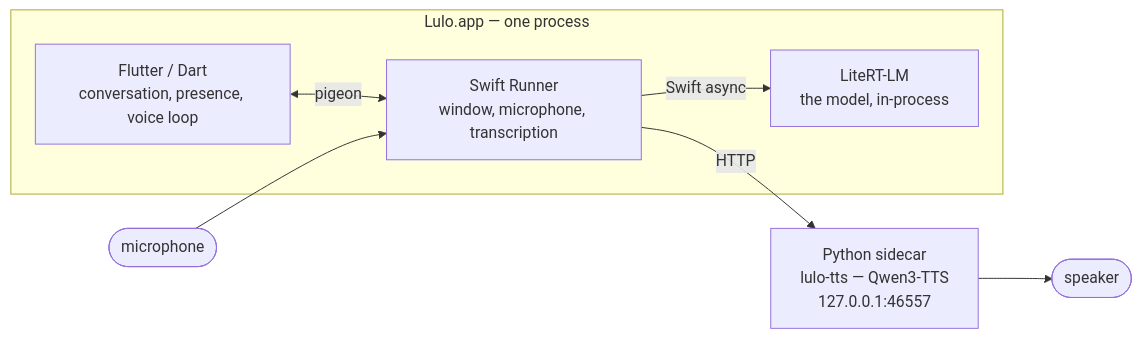
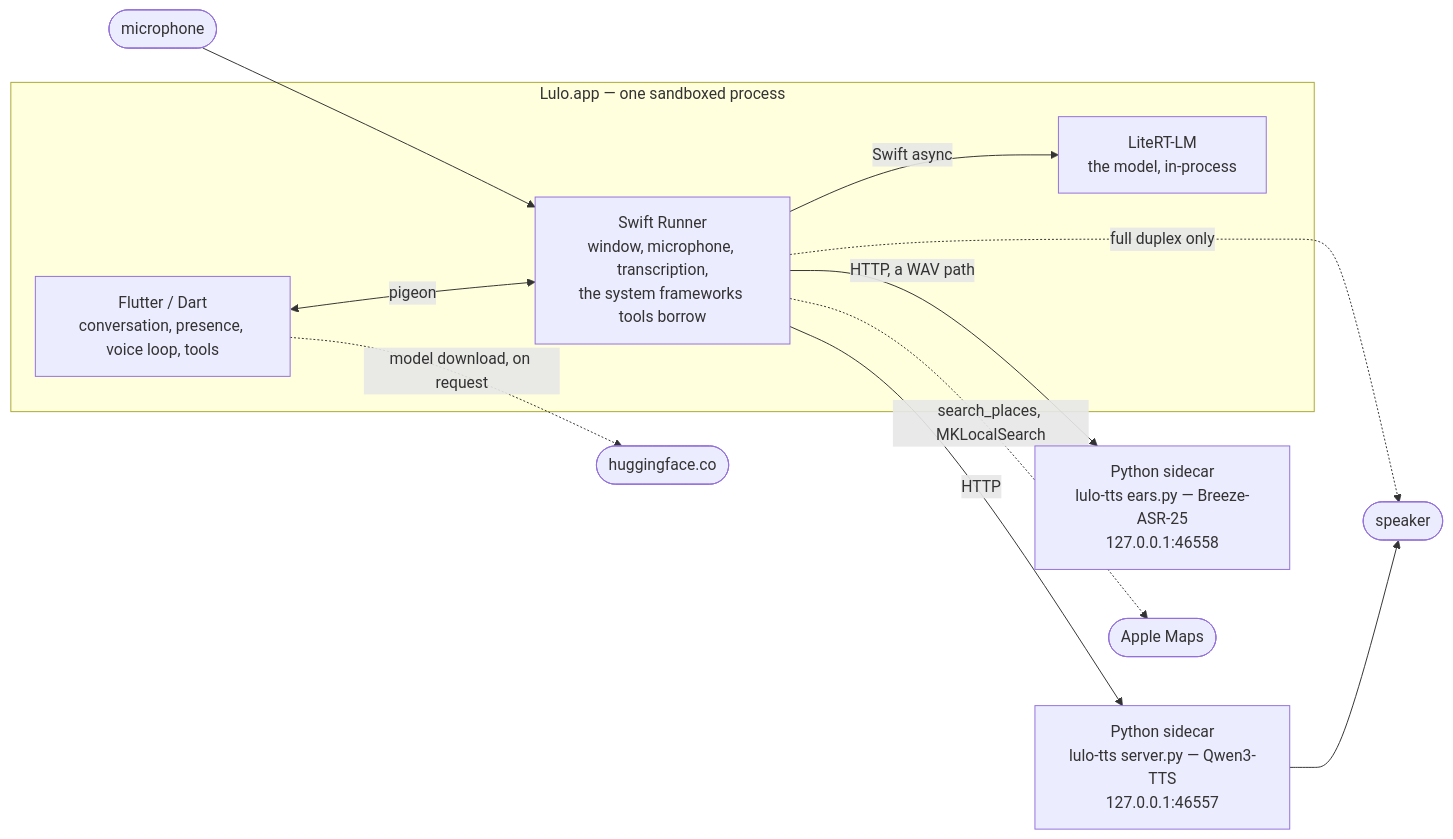
One commit to chyiiiiiiiiiiii/lulo changed the first of 4 diagrams in docs/architecture.md. Above: the diagram before and after it, drawn with Mermaid. The commit also changed other lines of this file and 10 other files, not shown here.

````diff
--- a/docs/architecture.md
+++ b/docs/architecture.md
@@ -12,14 +17,19 @@
 ```mermaid
 flowchart LR
-    subgraph app["Lulo.app — one process"]
-        dart["Flutter / Dart<br/>conversation, presence, voice loop"]
-        swift["Swift Runner<br/>window, microphone, transcription"]
+    subgraph app["Lulo.app — one sandboxed process"]
+        dart["Flutter / Dart<br/>conversation, presence, voice loop, tools"]
+        swift["Swift Runner<br/>window, microphone, transcription,<br/>the system frameworks tools borrow"]
         llm["LiteRT-LM<br/>the model, in-process"]
         dart <-->|pigeon| swift
         swift -->|Swift async| llm
     end
-    tts["Python sidecar<br/>lulo-tts — Qwen3-TTS<br/>127.0.0.1:46557"]
+    tts["Python sidecar<br/>lulo-tts server.py — Qwen3-TTS<br/>127.0.0.1:46557"]
+    ears["Python sidecar<br/>lulo-tts ears.py — Breeze-ASR-25<br/>127.0.0.1:46558"]
     swift -->|HTTP| tts
+    swift -->|HTTP, a WAV path| ears
     mic(["microphone"]) --> swift
     tts --> spk(["speaker"])
+    swift -. "full duplex only" .-> spk
+    swift -. "search_places, MKLocalSearch" .-> maps(["Apple Maps"])
+    dart -. "model download, on request" .-> hf(["huggingface.co"])
 ```
````
